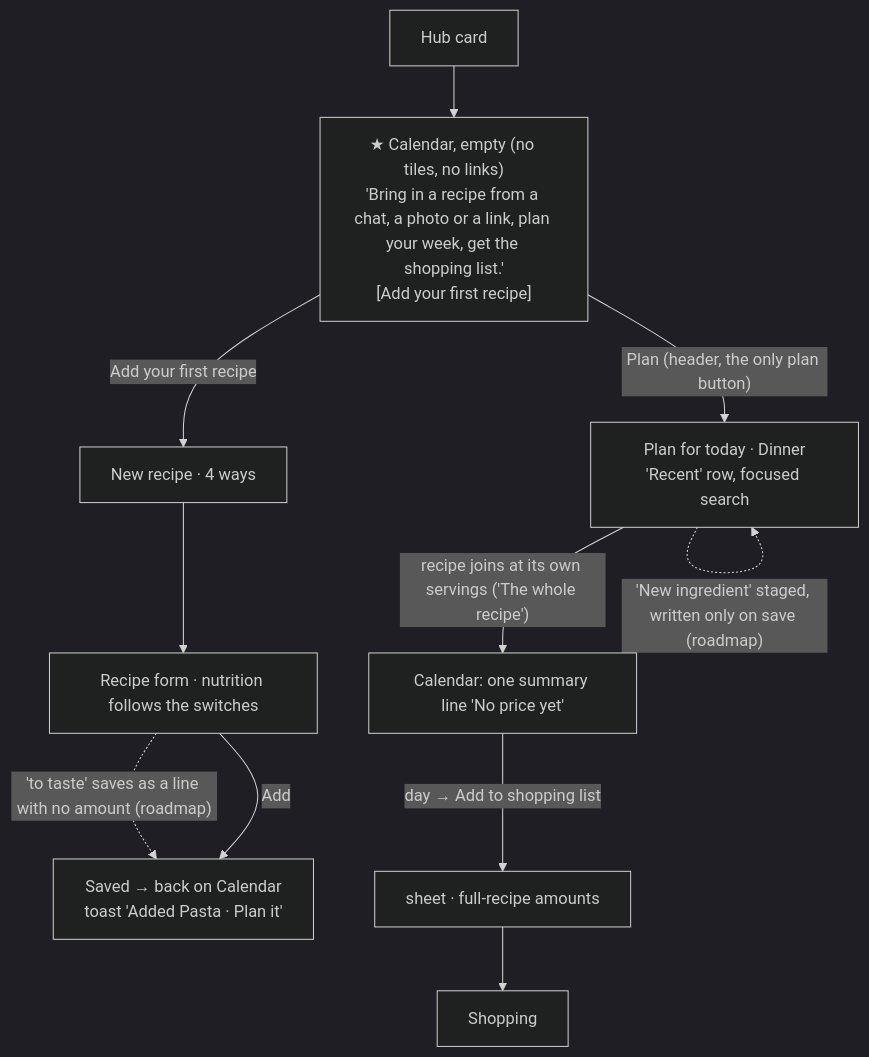
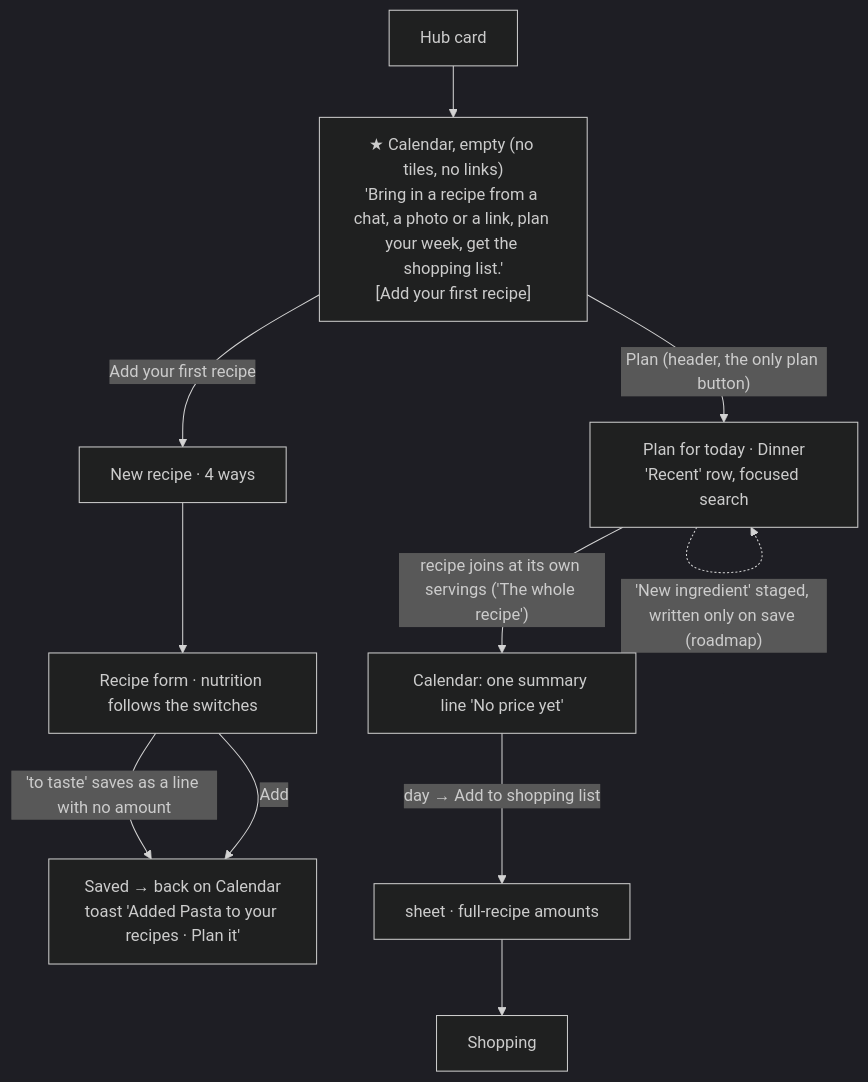
The third of 5 diagrams in src/apps/pinch/JOURNEYS.md (NovaMoonX/moondreams-dev-apps), drawn with Mermaid (dark theme) before and after one commit. The commit also changed other lines of this file and 163 other files, not shown here.

````diff
--- a/src/apps/pinch/JOURNEYS.md
+++ b/src/apps/pinch/JOURNEYS.md
@@ -201,12 +203,12 @@
 ```mermaid
 flowchart TD
   HUB["Hub card"] --> CAL["★ Calendar, empty (no tiles, no links)<br/>'Bring in a recipe from a chat, a photo or a link, plan your week, get the shopping list.'<br/>[Add your first recipe]"]
   CAL -->|"Plan (header, the only plan button)"| NM["Plan for today · Dinner<br/>'Recent' row, focused search"]
   CAL -->|Add your first recipe| WAYS["New recipe · 4 ways"]
   WAYS --> FORM["Recipe form · nutrition follows the switches"]
-  FORM -.->|"'to taste' saves as a line with no amount (roadmap)"| SAVED["Saved → back on Calendar<br/>toast 'Added Pasta · Plan it'"]
+  FORM -->|"'to taste' saves as a line with no amount"| SAVED["Saved → back on Calendar<br/>toast 'Added Pasta to your recipes · Plan it'"]
   FORM -->|Add| SAVED
   NM -->|"recipe joins at its own servings ('The whole recipe')"| CAL3["Calendar: one summary line 'No price yet'"]
   CAL3 -->|day → Add to shopping list| AS["sheet · full-recipe amounts"] --> SHOP["Shopping"]
   NM -.->|"'New ingredient' staged, written only on save (roadmap)"| NM
 ```
````
